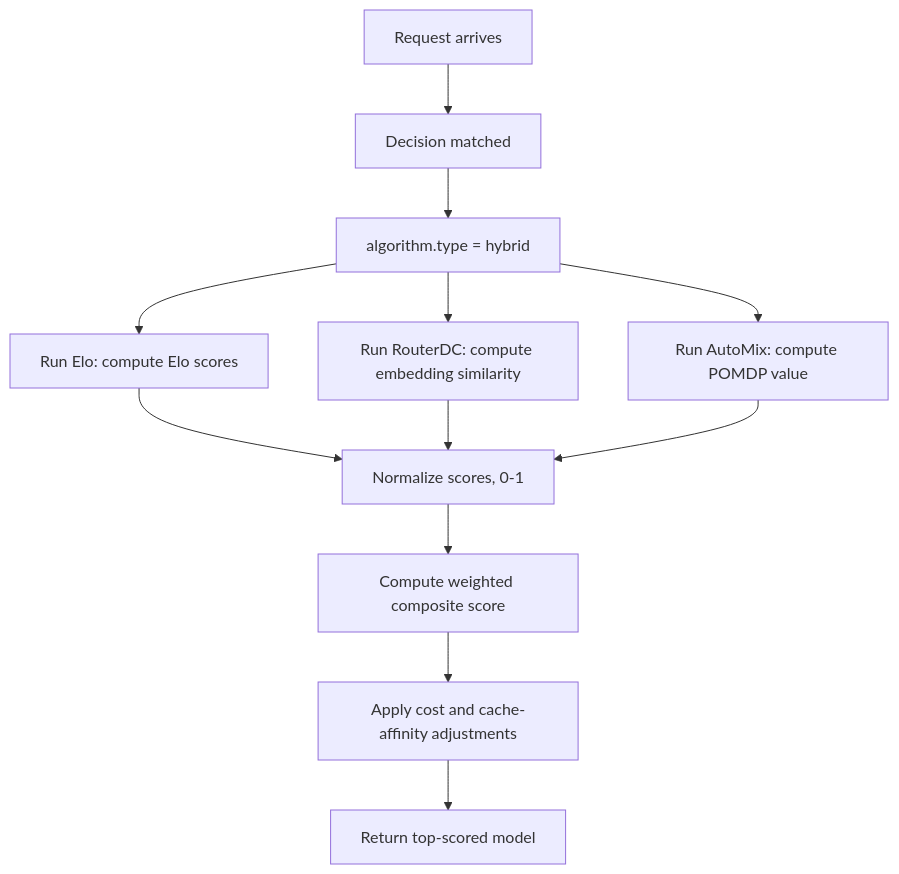
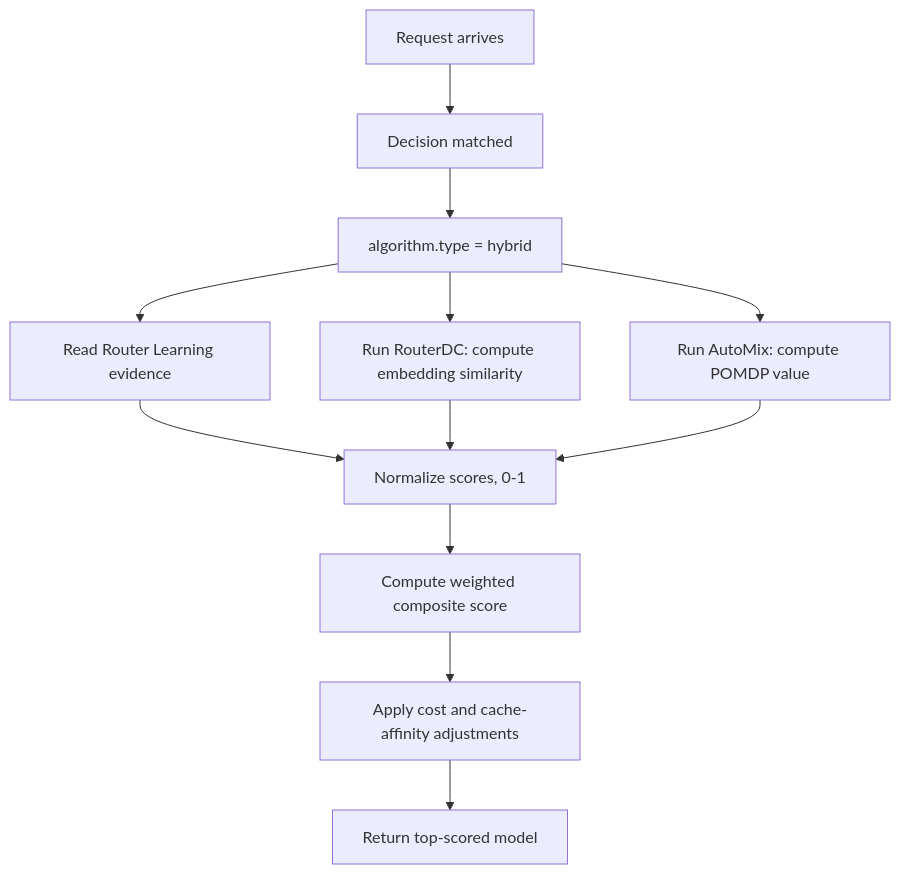
One commit to vllm-project/semantic-router changed the diagram in website/docs/tutorials/algorithm/selection/hybrid.md. Above: the diagram before and after it, drawn with Mermaid. The commit also changed other lines of this file and 179 other files, not shown here.

First line of the commit message:
Complete Router Learning follow-up adaptations (#2258)

````diff
--- a/website/docs/tutorials/algorithm/selection/hybrid.md
+++ b/website/docs/tutorials/algorithm/selection/hybrid.md
@@ -30,14 +33,14 @@
 ```mermaid
 flowchart TD
     A[Request arrives] --> B[Decision matched]
     B --> C[algorithm.type = hybrid]
-    C --> D[Run Elo: compute Elo scores]
+    C --> D[Read Router Learning evidence]
     C --> E[Run RouterDC: compute embedding similarity]
     C --> F[Run AutoMix: compute POMDP value]
     D --> G[Normalize scores, 0-1]
     E --> G
     F --> G
     G --> H[Compute weighted composite score]
     H --> I[Apply cost and cache-affinity adjustments]
     I --> J[Return top-scored model]
 ```
````
